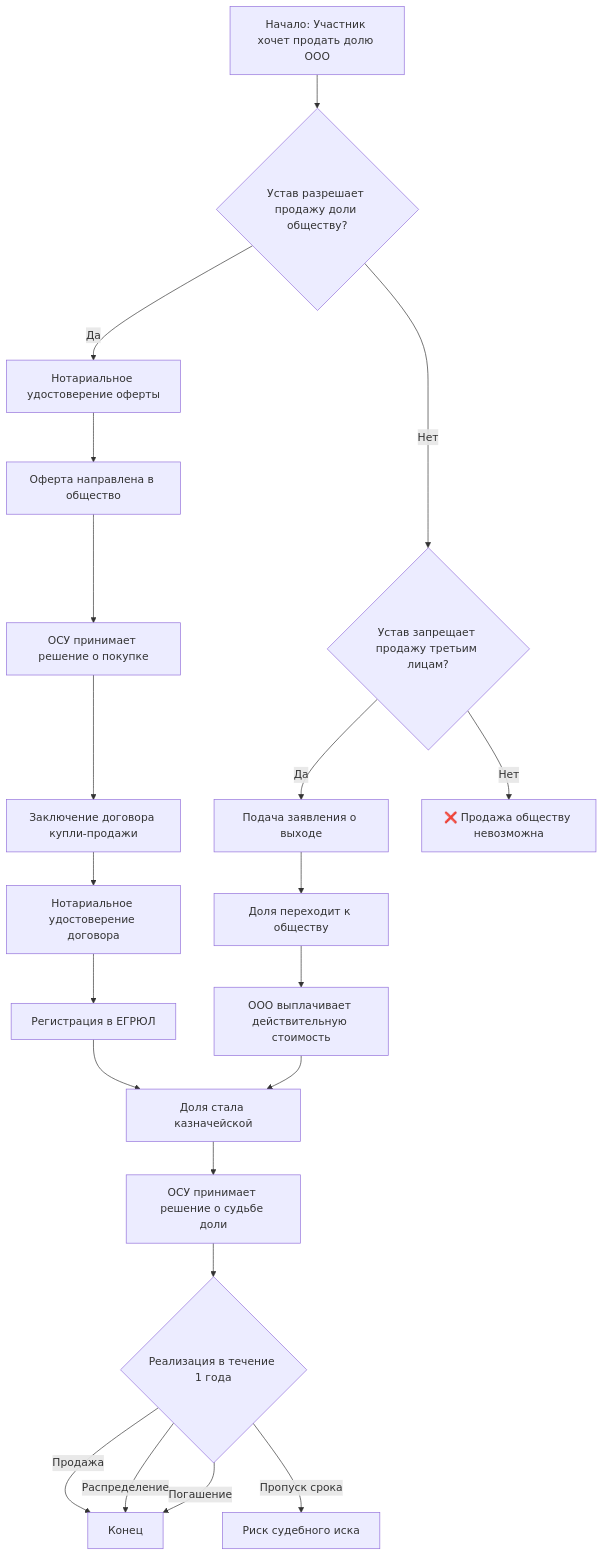
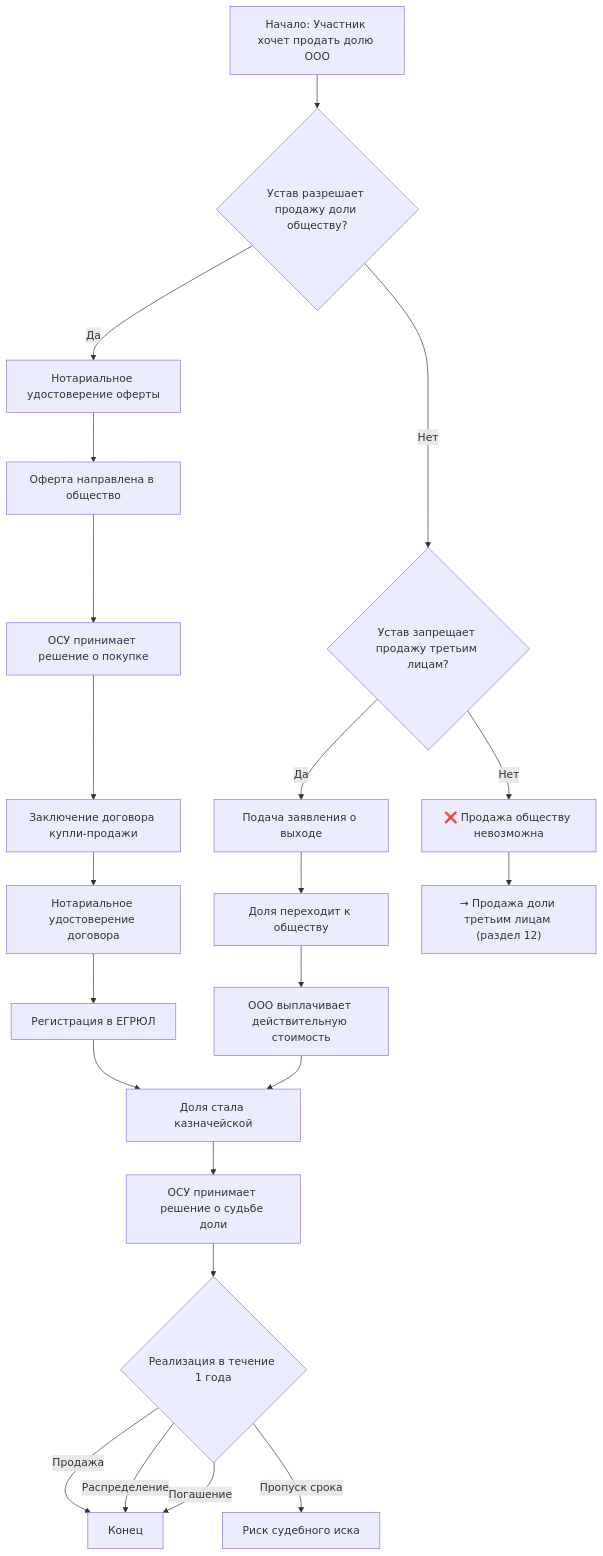
Before and after one commit to arsenyuk/SamorodinkaTech.Fiducia: the first of 4 diagrams in docs/business-processes/llc-share-purchase-sale.md, drawn with Mermaid. The commit also changed other lines of this file, not shown here.

Commit message:
docs(llc): исправить порядок проверки/удостоверения в схемах 12 и 14; уточнить «Отказ в удостоверении сделки»

````diff
--- a/docs/business-processes/llc-share-purchase-sale.md
+++ b/docs/business-processes/llc-share-purchase-sale.md
@@ -119,23 +119,24 @@
 ```mermaid
 flowchart TD
     A["Начало: Участник хочет продать долю ООО"] --> B{Устав разрешает продажу доли обществу?}
     B -->|Да| F["Нотариальное удостоверение оферты"]
     F --> G["Оферта направлена в общество"]
     G --> H["ОСУ принимает решение о покупке"]
     H --> I["Заключение договора купли-продажи"]
     I --> J["Нотариальное удостоверение договора"]
     J --> K["Регистрация в ЕГРЮЛ"]
     K --> L["Доля стала казначейской"]
     L --> M["ОСУ принимает решение о судьбе доли"]
     M --> N{Реализация в течение 1 года}
     N -->|Продажа| O["Конец"]
     N -->|Распределение| O
     N -->|Погашение| O
     N -->|"Пропуск срока"| P["Риск судебного иска"]
     B -->|Нет| C{Устав запрещает продажу третьим лицам?}
     C -->|Да| CC["Подача заявления о выходе"]
     CC --> D["Доля переходит к обществу"]
     D --> E["ООО выплачивает действительную стоимость"]
     E --> L
     C -->|Нет| Q["❌ Продажа обществу невозможна"]
+    Q --> R["→ Продажа доли третьим лицам (раздел 12)"]
 ```
````
